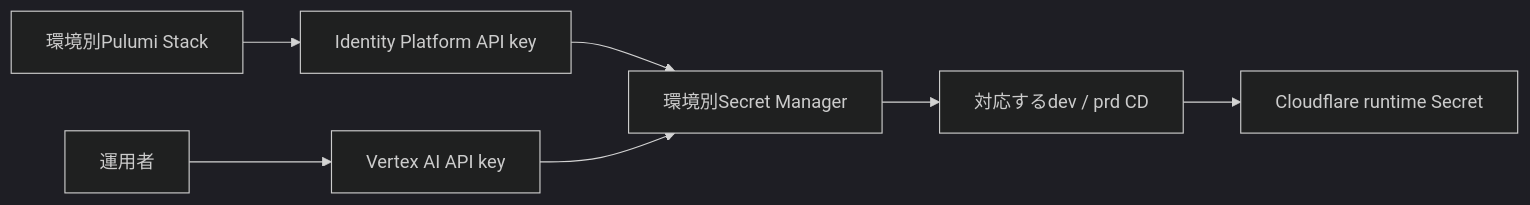
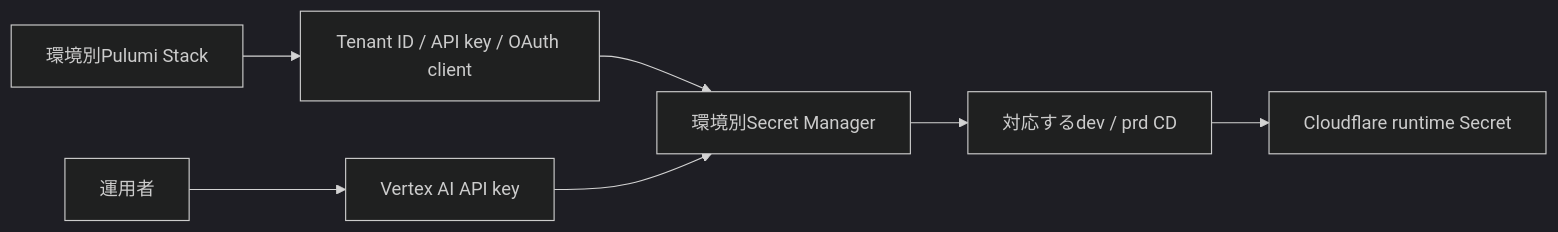
One commit to kkyosuke/me-builder changed the third of 4 diagrams in docs/architecture/infrastructure-architecture.md. Above: the diagram before and after it, drawn with Mermaid (dark theme). The commit also changed other lines of this file and 10 other files, not shown here.

````diff
--- a/docs/architecture/infrastructure-architecture.md
+++ b/docs/architecture/infrastructure-architecture.md
@@ -226,9 +226,9 @@
 ```mermaid
 flowchart LR
-    Pulumi["環境別Pulumi Stack"] --> IdentityKey["Identity Platform API key"]
+    Pulumi["環境別Pulumi Stack"] --> SsoRuntime["Tenant ID / API key / OAuth client"]
     Operator["運用者"] --> VertexKey["Vertex AI API key"]
-    IdentityKey --> EnvSecret["環境別Secret Manager"]
+    SsoRuntime --> EnvSecret["環境別Secret Manager"]
     VertexKey --> EnvSecret
     EnvSecret --> CD["対応するdev / prd CD"]
     CD --> Cloudflare["Cloudflare runtime Secret"]
 ```
````
